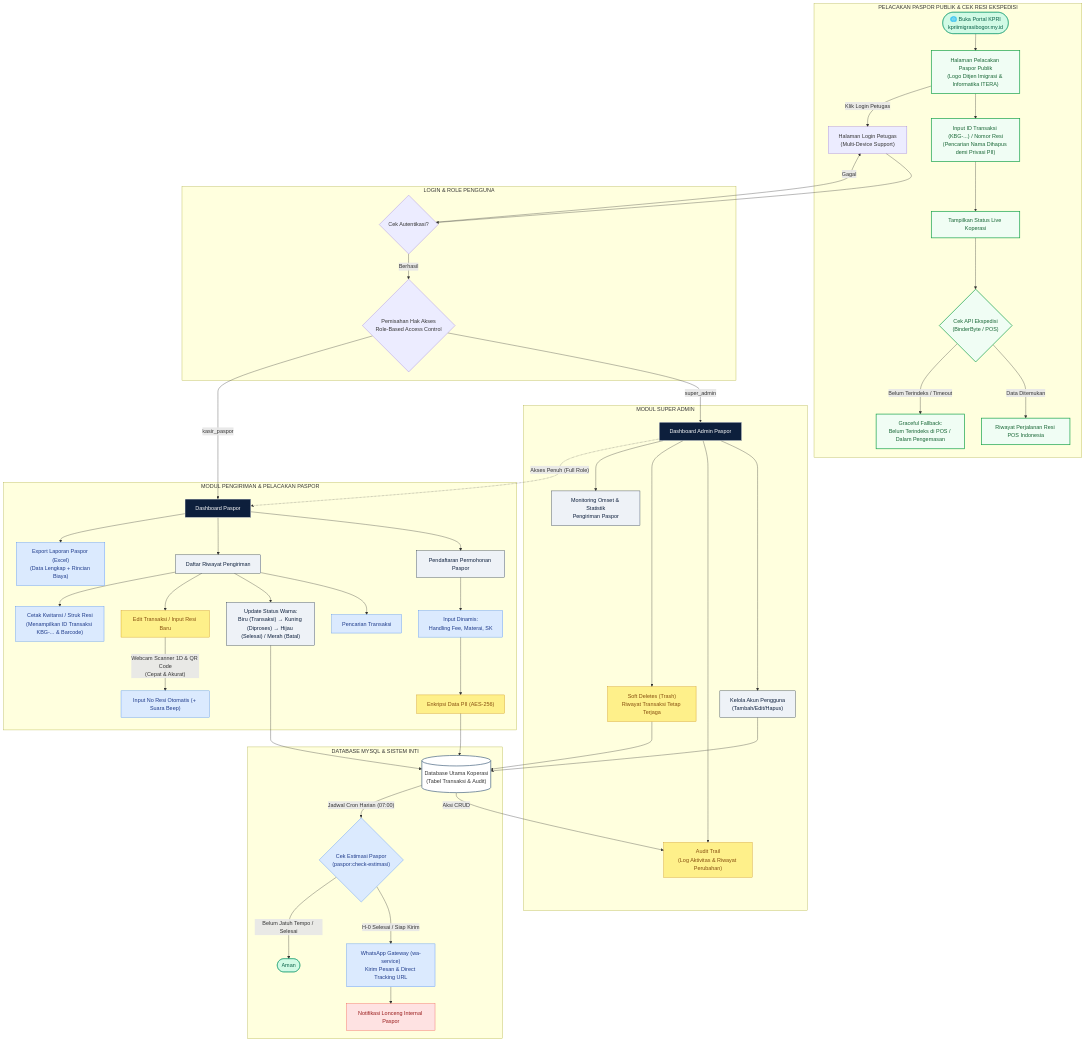
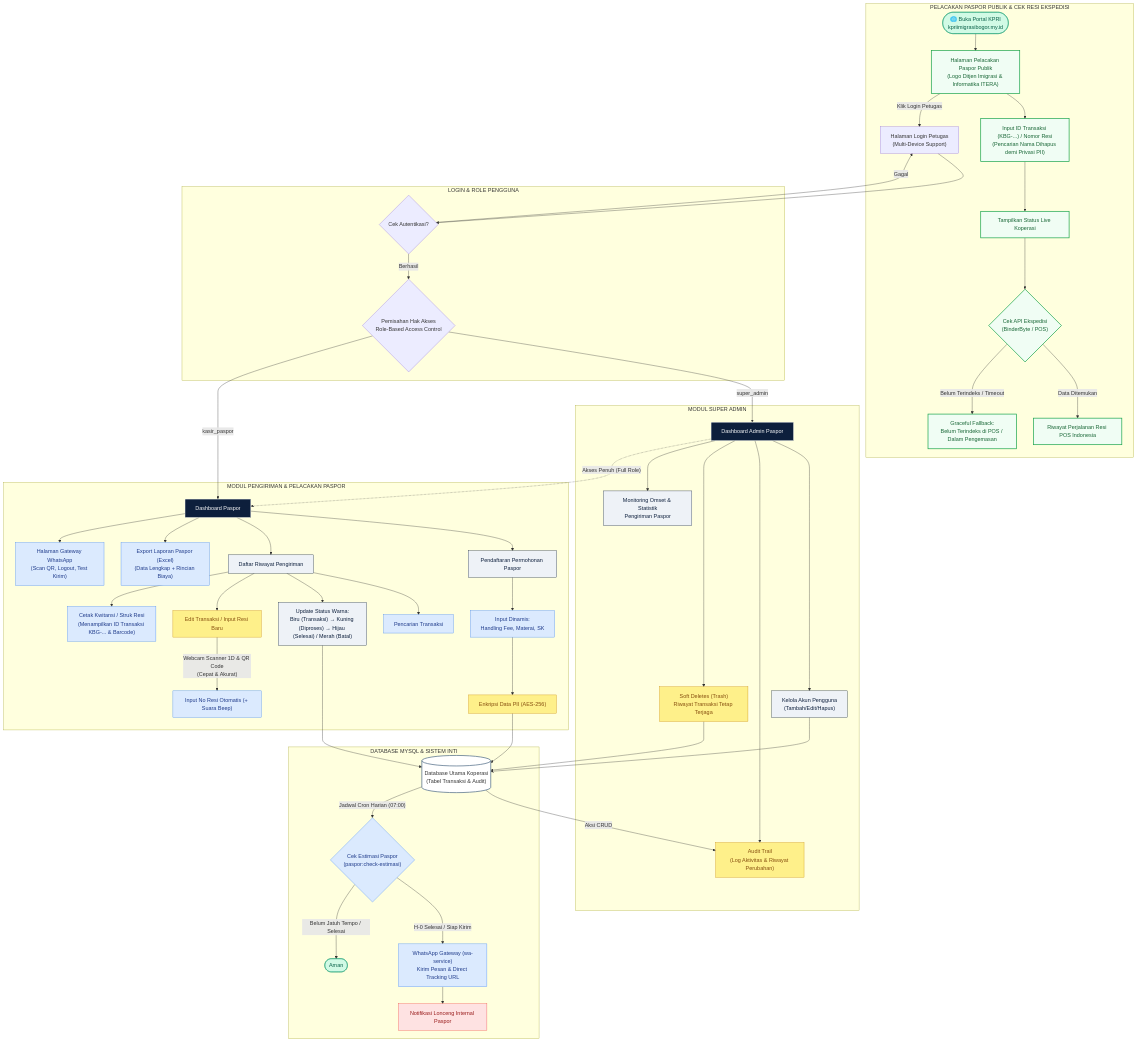
The diagram in README.md (Dakim777/KPRI-PORTAL-WEB-IMIGRASI-KELAS-1-NON-TPI-BOGOR), drawn with Mermaid before and after one commit. The commit also changed 4 other files, not shown here.

```diff
--- a/README.md
+++ b/README.md
@@ -499,10 +499,12 @@
         
         G --> G_EXP["Export Laporan Paspor (Excel)\n(Data Lengkap + Rincian Biaya)"]
         
+        G --> G_WA["Halaman Gateway WhatsApp\n(Scan QR, Logout, Test Kirim)"]
+        
         class G role;
         class G1,G2,G21 aksi;
         class G11,G22 security;
-        class G1_A,G2_A,G2_B,G2_C,G_EXP newfeature;
+        class G1_A,G2_A,G2_B,G2_C,G_EXP,G_WA newfeature;
     end
 
     %% ── DATABASE & CORE SYSTEM ───────────────────────────
```
